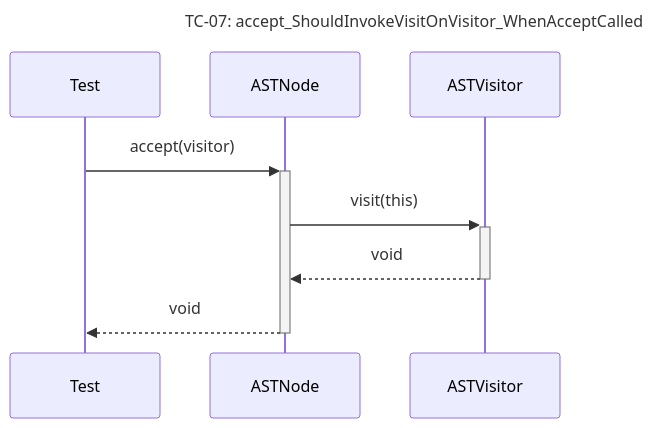
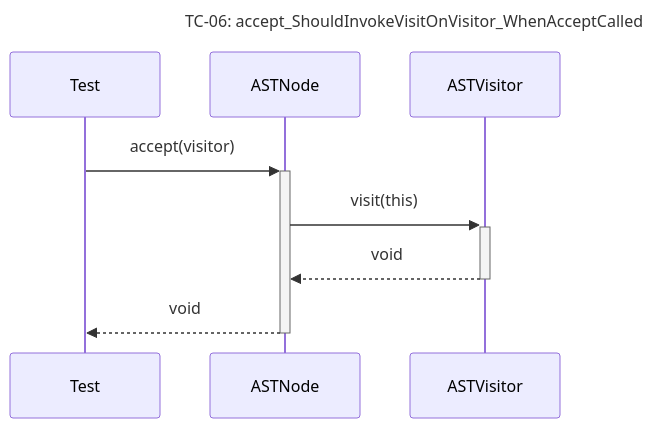
Diagram 22 of 24 in docs/unit_test/query_prossor/SequeceTestCase.md (Dikhang1112/Database_Management_BBV), drawn with Mermaid before and after one commit. The commit also changed other lines of this file and 16 other files, not shown here.

````diff
--- a/docs/unit_test/query_prossor/SequeceTestCase.md
+++ b/docs/unit_test/query_prossor/SequeceTestCase.md
@@ -425,12 +329,12 @@
 ```mermaid
 sequenceDiagram
-    title TC-07: accept_ShouldInvokeVisitOnVisitor_WhenAcceptCalled
+    title TC-06: accept_ShouldInvokeVisitOnVisitor_WhenAcceptCalled
     participant Test
     participant ASTNode
     participant ASTVisitor
 
     Test->>+ASTNode: accept(visitor)
     ASTNode->>+ASTVisitor: visit(this)
     ASTVisitor-->>-ASTNode: void
     ASTNode-->>-Test: void
 ```
````
